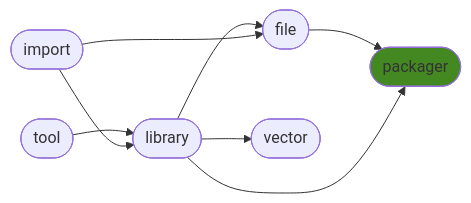
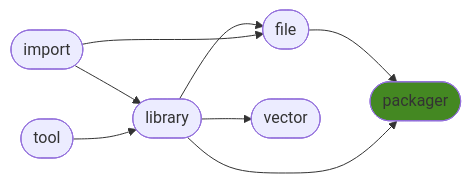
Before and after one commit to ManderaGeneral/generalpackager: the diagram in README.md, drawn with Mermaid. The commit also changed other lines of this file, not shown here.

````diff
--- a/README.md
+++ b/README.md
@@ -24,17 +24,17 @@
 ```mermaid
 flowchart LR
 3([file]) --> 5([packager])
+0([import]) --> 2([library])
+2([library]) --> 3([file])
+2([library]) --> 5([packager])
+2([library]) --> 4([vector])
+0([import]) --> 3([file])
 1([tool]) --> 2([library])
-0([import]) --> 2([library])
-2([library]) --> 5([packager])
-2([library]) --> 3([file])
-0([import]) --> 3([file])
-2([library]) --> 4([vector])
 click 0 "https://github.com/ManderaGeneral/generalimport"
 click 1 "https://github.com/ManderaGeneral/generaltool"
 click 2 "https://github.com/ManderaGeneral/generallibrary"
 click 3 "https://github.com/ManderaGeneral/generalfile"
 click 4 "https://github.com/ManderaGeneral/generalvector"
 click 5 "https://github.com/ManderaGeneral/generalpackager"
 style 5 fill:#482
 ```
````
